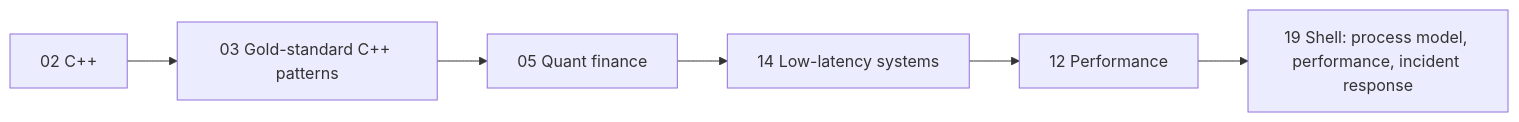
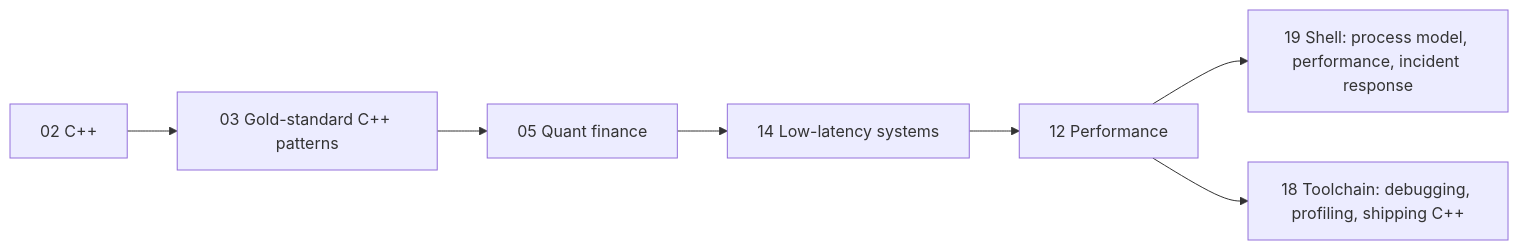
Before and after one commit to shreejitverma/SDE-Interview-Prep: the third of 5 diagrams in 00-Start-Here/Roadmap.md, drawn with Mermaid. The commit also changed other lines of this file and 527 other files, not shown here.

````diff
--- a/00-Start-Here/Roadmap.md
+++ b/00-Start-Here/Roadmap.md
@@ -66,8 +71,9 @@
 ```mermaid
 flowchart LR
     Cpp["02 C++"] --> Gold["03 Gold-standard C++ patterns"]
     Gold --> Q["05 Quant finance"]
     Q --> LL["14 Low-latency systems"]
     LL --> Perf["12 Performance"]
     Perf --> Sh["19 Shell: process model, performance, incident response"]
+    Perf --> T["18 Toolchain: debugging, profiling, shipping C++"]
 ```
````
